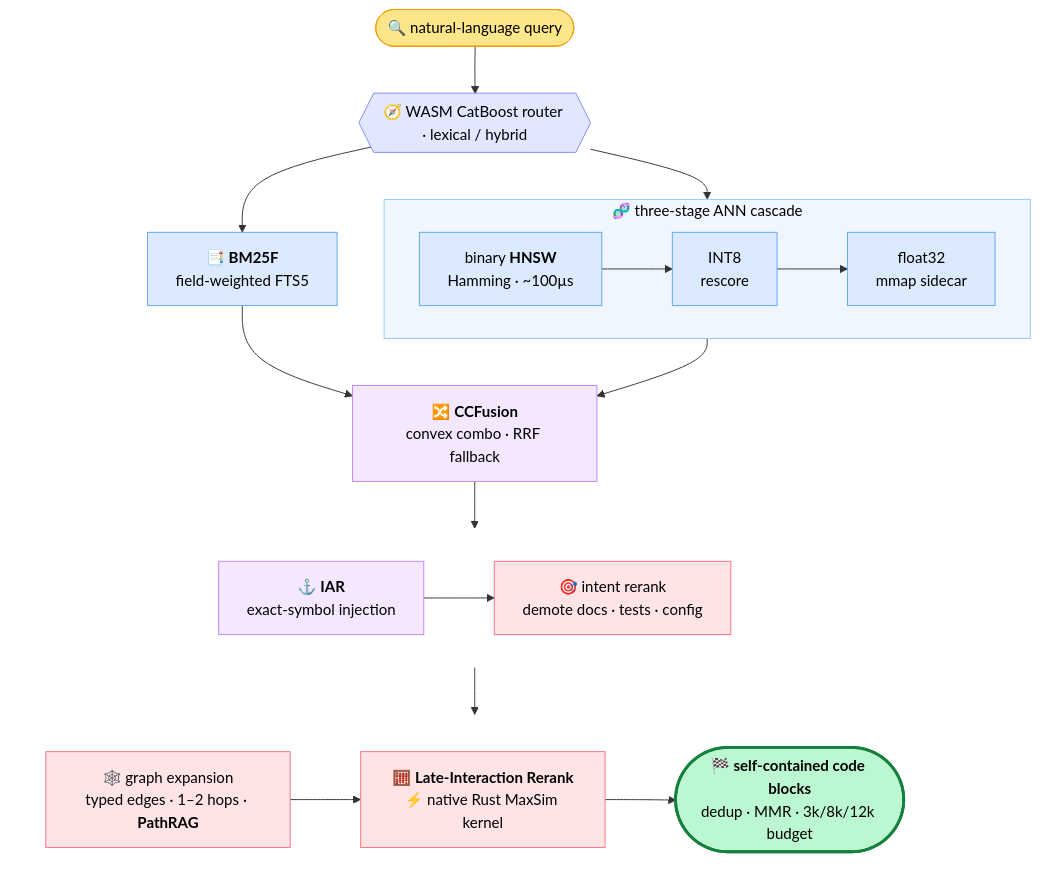
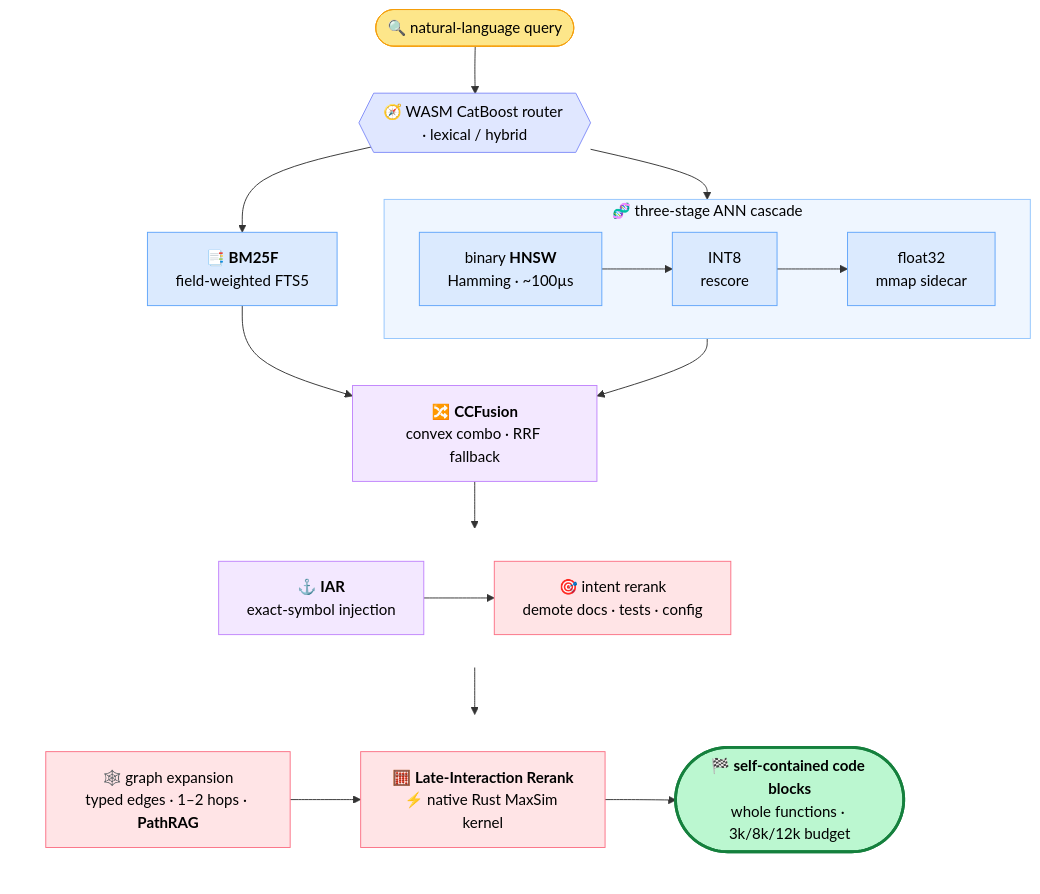
One commit to mrsladoje/sweet-search changed the diagram in README.md. Above: the diagram before and after it, drawn with Mermaid. The commit also changed other lines of this file, not shown here.

First line of the commit message:
fix(readme): correct dedup/MMR stage attribution + LI embed step

````diff
--- a/README.md
+++ b/README.md
@@ -216,46 +216,46 @@
 ```mermaid
 flowchart TD
     Q(["🔍  natural-language query"]) --> ROUTE{{"🧭 WASM CatBoost router · lexical / hybrid"}}
 
     ROUTE --> BM["📑 <b>BM25F</b><br/>field-weighted FTS5"]
     ROUTE --> ANN
 
     subgraph ANN ["🧬 three-stage ANN cascade"]
         direction LR
         BIN["binary <b>HNSW</b><br/>Hamming · ~100µs"] --> INT["INT8<br/>rescore"] --> FL["float32<br/>mmap sidecar"]
     end
 
     BM  --> FUSE
     ANN --> FUSE
     FUSE["🔀 <b>CCFusion</b><br/>convex combo · RRF fallback"] --> ROW1
 
     subgraph ROW1 [" "]
         direction LR
         IAR["⚓ <b>IAR</b><br/>exact-symbol injection"] --> INTENT["🎯 intent rerank<br/>demote docs · tests · config"]
     end
 
     ROW1 --> ROW2
 
     subgraph ROW2 [" "]
         direction LR
-        GRAPH["🕸️ graph expansion<br/>typed edges · 1–2 hops · <b>PathRAG</b>"] --> MAXSIM["🧮 <b>Late-Interaction Rerank</b><br/>⚡ native Rust MaxSim kernel"] --> OUT(["🏁 <b>self-contained code blocks</b><br/>dedup · MMR · 3k/8k/12k budget"])
+        GRAPH["🕸️ graph expansion<br/>typed edges · 1–2 hops · <b>PathRAG</b>"] --> MAXSIM["🧮 <b>Late-Interaction Rerank</b><br/>⚡ native Rust MaxSim kernel"] --> OUT(["🏁 <b>self-contained code blocks</b><br/>whole functions · 3k/8k/12k budget"])
     end
 
     classDef io    fill:#fde68a,stroke:#f59e0b,color:#000;
     classDef out   fill:#bbf7d0,stroke:#15803d,color:#000,stroke-width:3px;
     classDef route fill:#e0e7ff,stroke:#818cf8,color:#000;
     classDef lex   fill:#dbeafe,stroke:#60a5fa,color:#000;
     classDef fuse  fill:#f3e8ff,stroke:#c084fc,color:#000;
     classDef rank  fill:#ffe4e6,stroke:#fb7185,color:#000;
 
     class Q io;
     class OUT out;
     class ROUTE route;
     class BM,BIN,INT,FL lex;
     class FUSE,IAR fuse;
     class INTENT,GRAPH,MAXSIM rank;
 
     style ANN  fill:#eff6ff,stroke:#93c5fd,color:#000;
     style ROW1 fill:none,stroke:none;
     style ROW2 fill:none,stroke:none;
 ```
````
